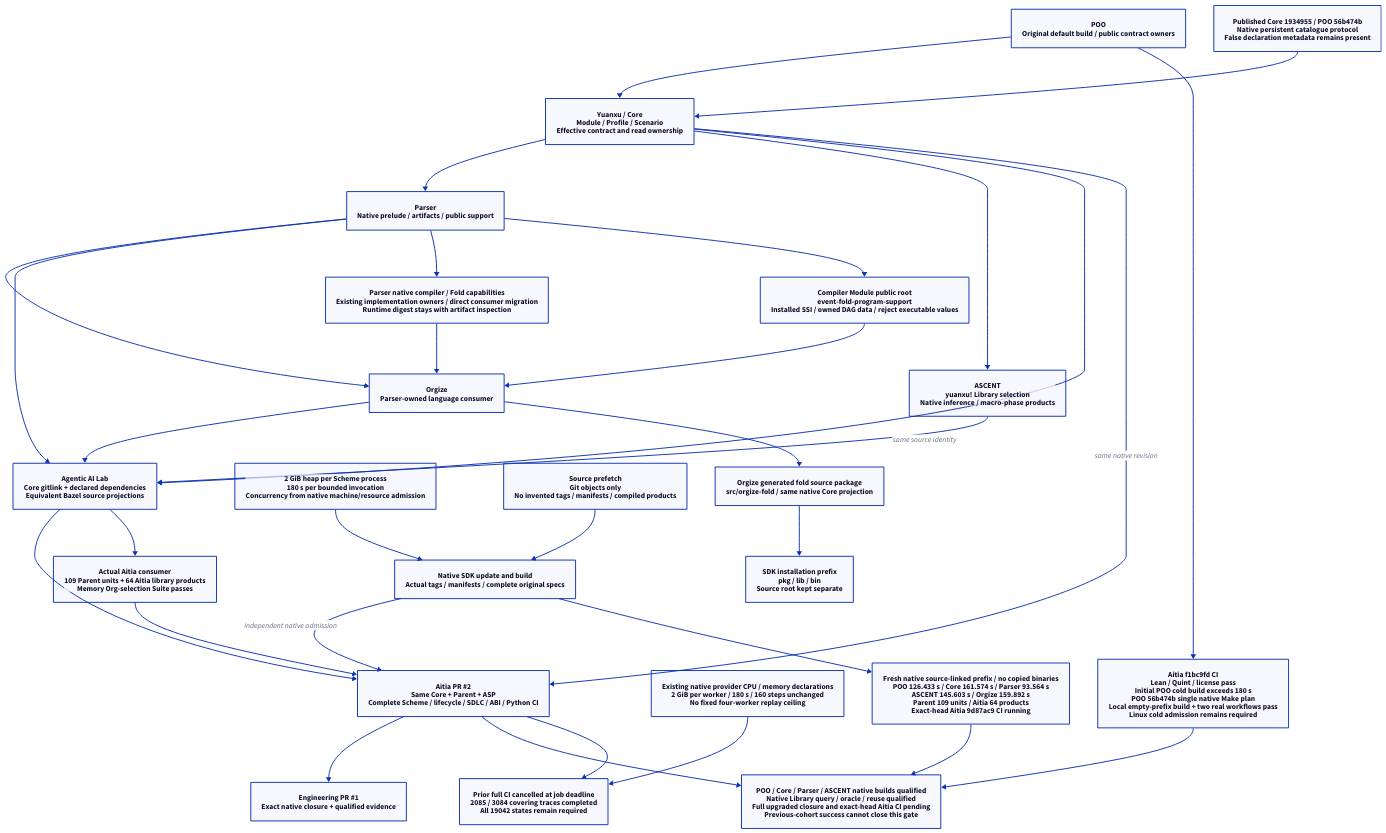
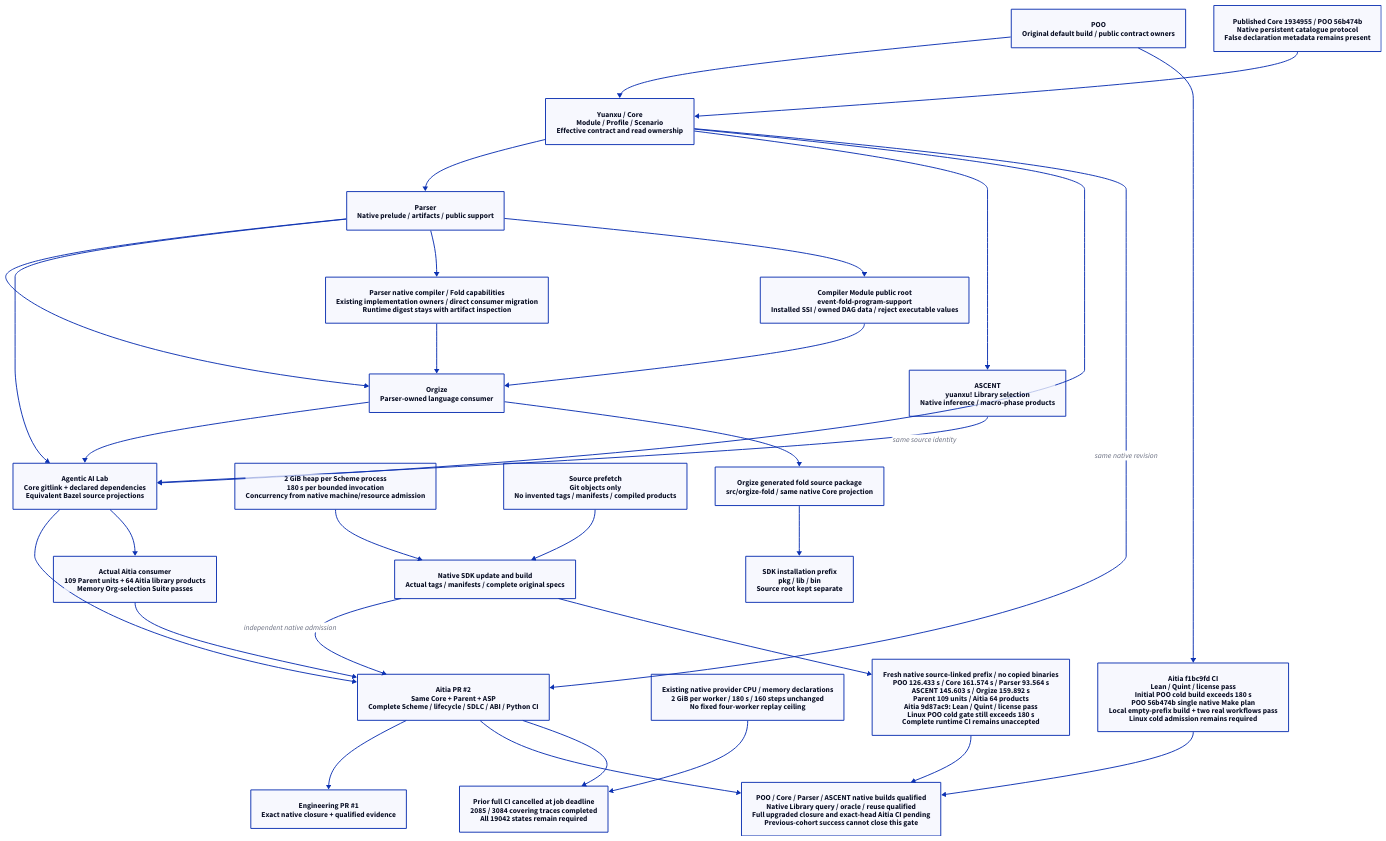
Before and after one commit to hardenedlinux/deterministic-engineering: the diagram in docs/90-99-views/90-architecture-views/90.117-native-dependency-cohort-upgrade.d2, drawn with D2. The commit also changed 2 other files, not shown here.

Commit message:
Keep Linux cold CI failure distinct from local native qualification

```diff
--- a/docs/90-99-views/90-architecture-views/90.117-native-dependency-cohort-upgrade.d2
+++ b/docs/90-99-views/90-architecture-views/90.117-native-dependency-cohort-upgrade.d2
@@ -1,53 +1,53 @@
 direction: down
 poo: "POO\nOriginal default build / public contract owners"
 core: "Yuanxu / Core\nModule / Profile / Scenario\nEffective contract and read ownership"
 parser: "Parser\nNative prelude / artifacts / public support"
 ascent: "ASCENT\nyuanxu! Library selection\nNative inference / macro-phase products"
 orgize: "Orgize\nParser-owned language consumer"
 parent: "Agentic AI Lab\nCore gitlink + declared dependencies\nEquivalent Bazel source projections"
 aitia: "Aitia PR #2\nSame Core + Parent + ASP\nComplete Scheme / lifecycle / SDLC / ABI / Python CI"
 engineering: "Engineering PR #1\nExact native closure + qualified evidence"
 poo -> core
 core -> parser
 core -> ascent
 parser -> orgize
 parser -> parent
 ascent -> parent
 orgize -> parent
 core -> parent: "same source identity"
 parent -> aitia
 core -> aitia: "same native revision"
 aitia -> engineering
 contract: "2 GiB heap per Scheme process\n180 s per bounded invocation\nConcurrency from native machine/resource admission"
 source: "Source prefetch\nGit objects only\nNo invented tags / manifests / compiled products"
 sdk: "Native SDK update and build\nActual tags / manifests / complete original specs"
 source -> sdk
 contract -> sdk
 sdk -> aitia: "independent native admission"
 status: "POO / Core / Parser / ASCENT native builds qualified\nNative Library query / oracle / reuse qualified\nFull upgraded closure and exact-head Aitia CI pending\nPrevious-cohort success cannot close this gate"
 aitia -> status
 
 fold: "Orgize generated fold source package\nsrc/orgize-fold / same native Core projection"
 installed: "SDK installation prefix\npkg / lib / bin\nSource root kept separate"
 orgize -> fold -> installed
 
 catalog: "Published Core 1934955 / POO 56b474b\nNative persistent catalogue protocol\nFalse declaration metadata remains present"
 catalog -> core
 replay: "Prior full CI cancelled at job deadline\n2085 / 3084 covering traces completed\nAll 19042 states remain required"
 aitia -> replay
 resources: "Existing native provider CPU / memory declarations\n2 GiB per worker / 180 s / 160 steps unchanged\nNo fixed four-worker replay ceiling"
 resources -> replay
 
 capabilities: "Parser native compiler / Fold capabilities\nExisting implementation owners / direct consumer migration\nRuntime digest stays with artifact inspection"
 parser -> capabilities -> orgize
 
 consumer: "Actual Aitia consumer\n109 Parent units + 64 Aitia library products\nMemory Org-selection Suite passes"
 parent -> consumer -> aitia
 
 cold: "Aitia f1bc9fd CI\nLean / Quint / license pass\nInitial POO cold build exceeds 180 s\nPOO 56b474b single native Make plan\nLocal empty-prefix build + two real workflows pass\nLinux cold admission remains required"
 poo -> cold -> status
 
-fresh: "Fresh native source-linked prefix / no copied binaries\nPOO 126.433 s / Core 161.574 s / Parser 93.564 s\nASCENT 145.603 s / Orgize 159.892 s\nParent 109 units / Aitia 64 products\nExact-head Aitia 9d87ac9 CI running"
+fresh: "Fresh native source-linked prefix / no copied binaries\nPOO 126.433 s / Core 161.574 s / Parser 93.564 s\nASCENT 145.603 s / Orgize 159.892 s\nParent 109 units / Aitia 64 products\nAitia 9d87ac9: Lean / Quint / license pass\nLinux POO cold gate still exceeds 180 s\nComplete runtime CI remains unaccepted"
 fold_entry: "Compiler Module public root\nevent-fold-program-support\nInstalled SSI / owned DAG data / reject executable values"
 parser -> fold_entry -> orgize
 sdk -> fresh -> status
```
